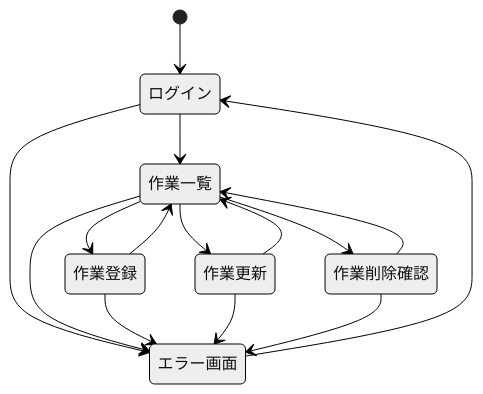
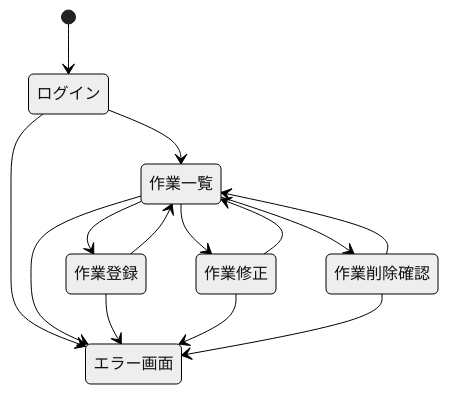
Before and after one commit to shibamirai/shared_todo_lists: the diagram in README.md, drawn with Mermaid (neutral theme). The commit also changed other lines of this file and 12 other files, not shown here.

````diff
--- a/README.md
+++ b/README.md
@@ -122,17 +188,16 @@
 ```mermaid
 stateDiagram-v2
     [*] --> ログイン
     ログイン --> 作業一覧
     作業一覧 --> 作業登録
     作業登録 --> 作業一覧
-    作業一覧 --> 作業更新
-    作業更新 --> 作業一覧
+    作業一覧 --> 作業修正
+    作業修正 --> 作業一覧
     作業一覧 --> 作業削除確認
     作業削除確認 --> 作業一覧
     ログイン --> エラー画面
     作業一覧 --> エラー画面
     作業登録 --> エラー画面
-    作業更新 --> エラー画面
+    作業修正 --> エラー画面
     作業削除確認 --> エラー画面
-    エラー画面 --> ログイン
 ```
````
